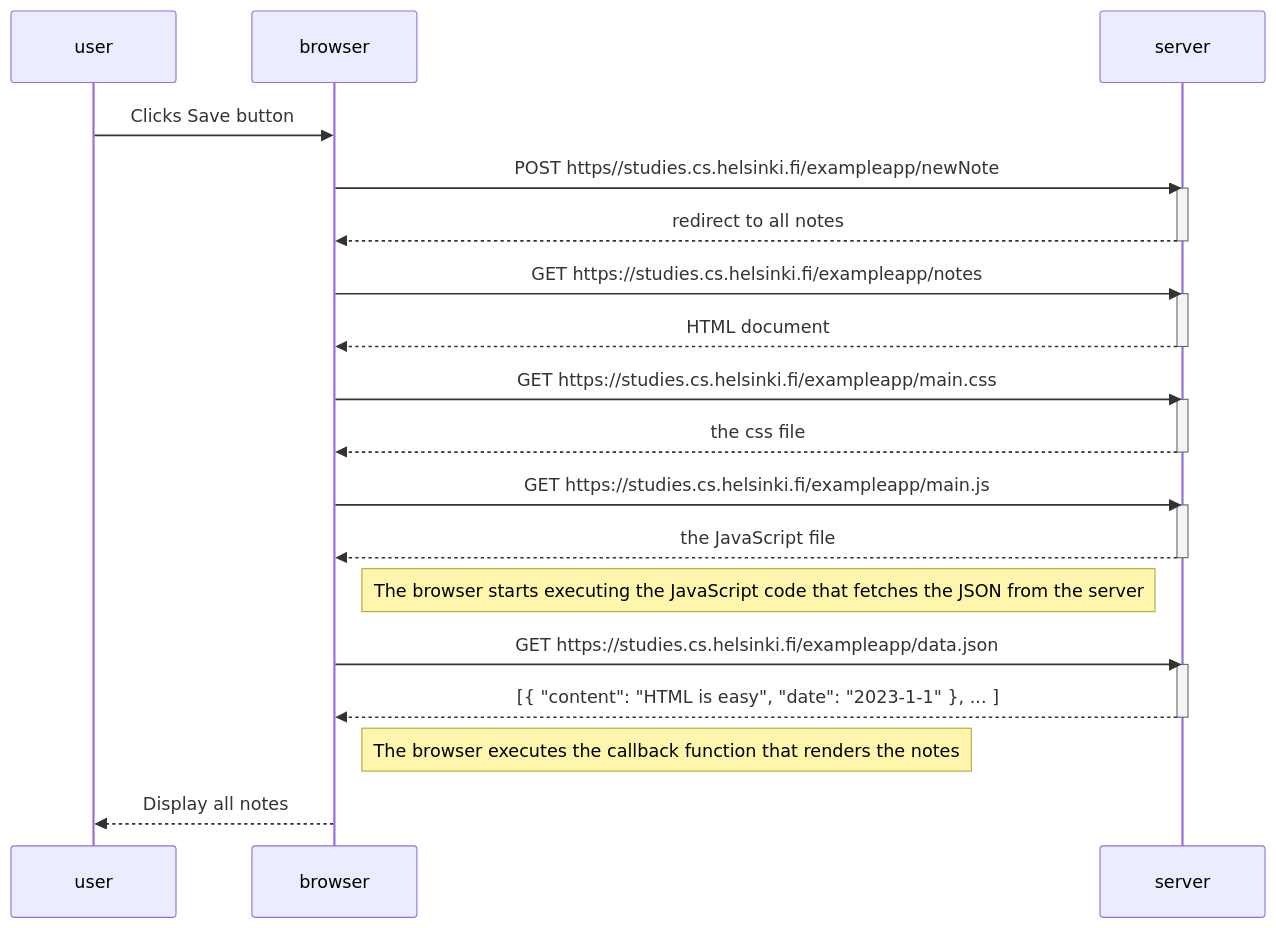
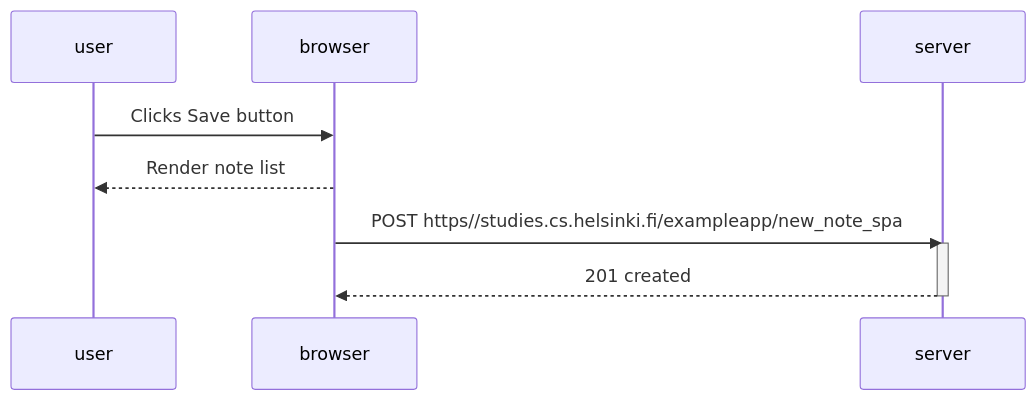
One commit to jnnoah/CSI4103-Lab2 changed the diagram in part0/SinglePageNewNote.md. Above: the diagram before and after it, drawn with Mermaid. The commit also changed 2 other files, not shown here.

````diff
--- a/part0/SinglePageNewNote.md
+++ b/part0/SinglePageNewNote.md
@@ -1,39 +1,14 @@
 ```mermaid
 sequenceDiagram
     participant user
     participant browser
     participant server
 
     user->>browser: Clicks Save button
+    browser-->>user: Render note list
 
-    browser->>server: POST https//studies.cs.helsinki.fi/exampleapp/newNote
+    browser->>server: POST https//studies.cs.helsinki.fi/exampleapp/new_note_spa
     activate server
-    server-->>browser: redirect to all notes
+    server-->>browser: 201 created
     deactivate server
-    
-    browser->>server: GET https://studies.cs.helsinki.fi/exampleapp/notes
-    activate server
-    server-->>browser: HTML document
-    deactivate server
-    
-    browser->>server: GET https://studies.cs.helsinki.fi/exampleapp/main.css
-    activate server
-    server-->>browser: the css file
-    deactivate server
-    
-    browser->>server: GET https://studies.cs.helsinki.fi/exampleapp/main.js
-    activate server
-    server-->>browser: the JavaScript file
-    deactivate server
-    
-    Note right of browser: The browser starts executing the JavaScript code that fetches the JSON from the server
-    
-    browser->>server: GET https://studies.cs.helsinki.fi/exampleapp/data.json
-    activate server
-    server-->>browser: [{ "content": "HTML is easy", "date": "2023-1-1" }, ... ]
-    deactivate server    
-
-    Note right of browser: The browser executes the callback function that renders the notes 
-
-    browser-->>user: Display all notes
 ```
````
